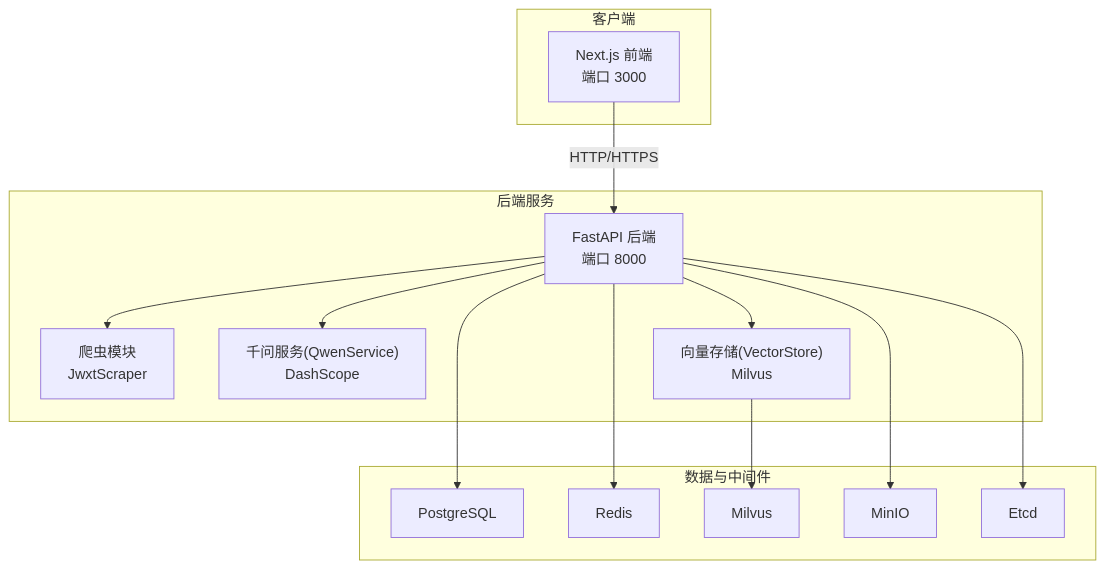
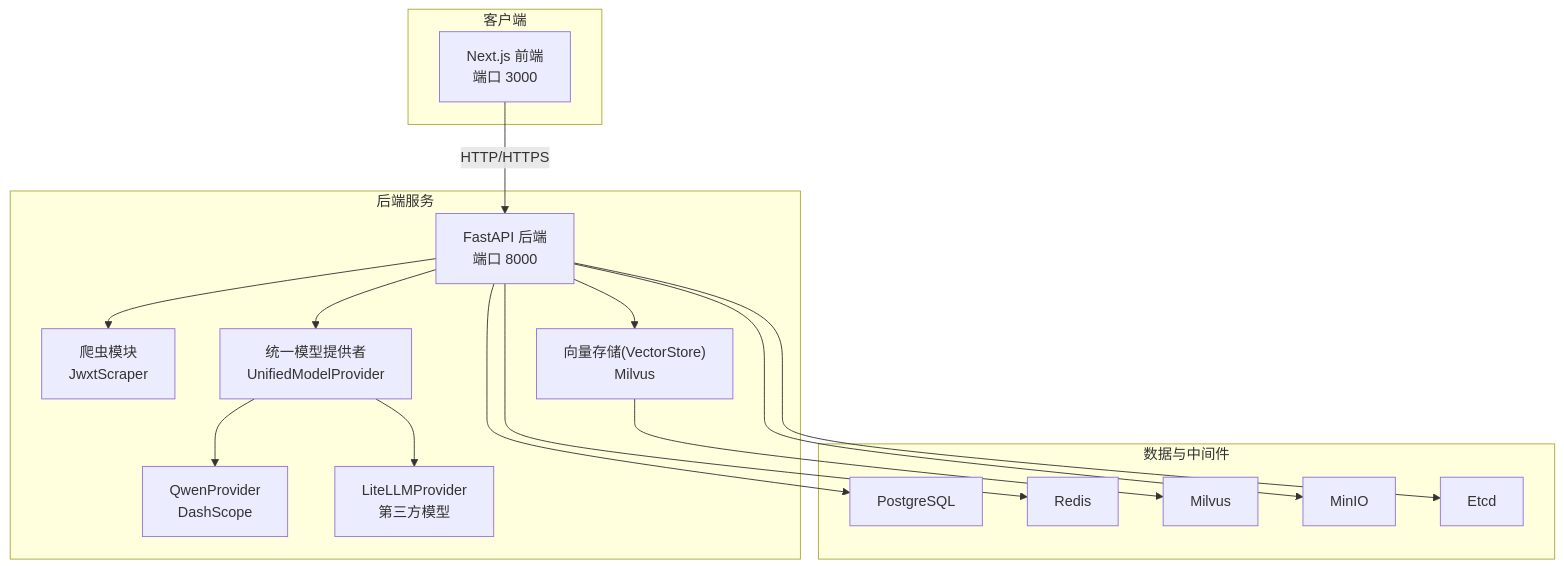
The first of 7 diagrams in .qoder/repowiki/zh/content/系统架构/系统架构.md (ghbbn053-ship-itsoulddog/soulddog), drawn with Mermaid before and after one commit. The commit also changed other lines of this file and 119 other files, not shown here.

````diff
--- a/.qoder/repowiki/zh/content/系统架构/系统架构.md
+++ b/.qoder/repowiki/zh/content/系统架构/系统架构.md
@@ -42,28 +55,32 @@
 ```mermaid
 graph TB
 subgraph "客户端"
 FE["Next.js 前端<br/>端口 3000"]
 end
 subgraph "后端服务"
 API["FastAPI 后端<br/>端口 8000"]
 SCR["爬虫模块<br/>JwxtScraper"]
-QWEN["千问服务(QwenService)<br/>DashScope"]
+MP["统一模型提供者<br/>UnifiedModelProvider"]
+QP["QwenProvider<br/>DashScope"]
+LP["LiteLLMProvider<br/>第三方模型"]
 VEC["向量存储(VectorStore)<br/>Milvus"]
 end
 subgraph "数据与中间件"
 PG["PostgreSQL"]
 RD["Redis"]
 ML["Milvus"]
 S3["MinIO"]
 ET["Etcd"]
 end
 FE --> |"HTTP/HTTPS"| API
 API --> SCR
-API --> QWEN
+API --> MP
+MP --> QP
+MP --> LP
 API --> VEC
 API --> PG
 API --> RD
 VEC --> ML
 API --> S3
 API --> ET
 ```
````
